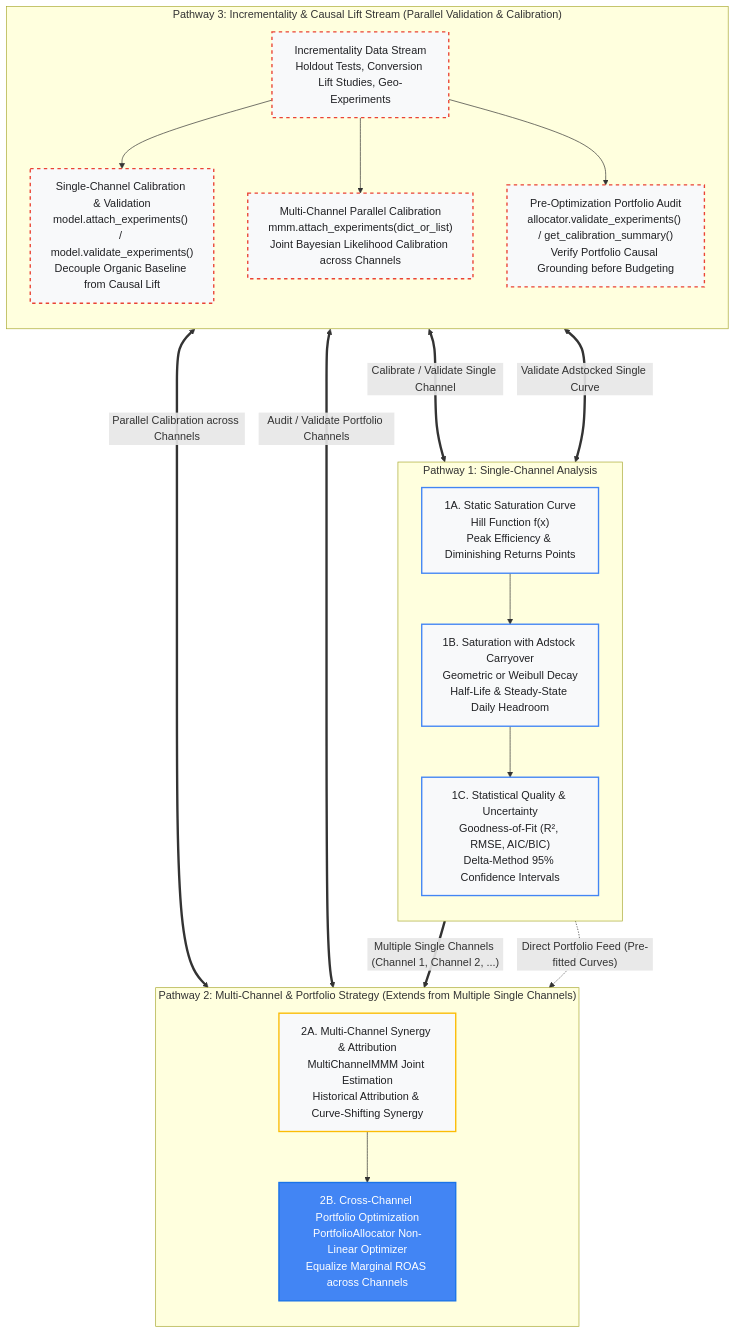
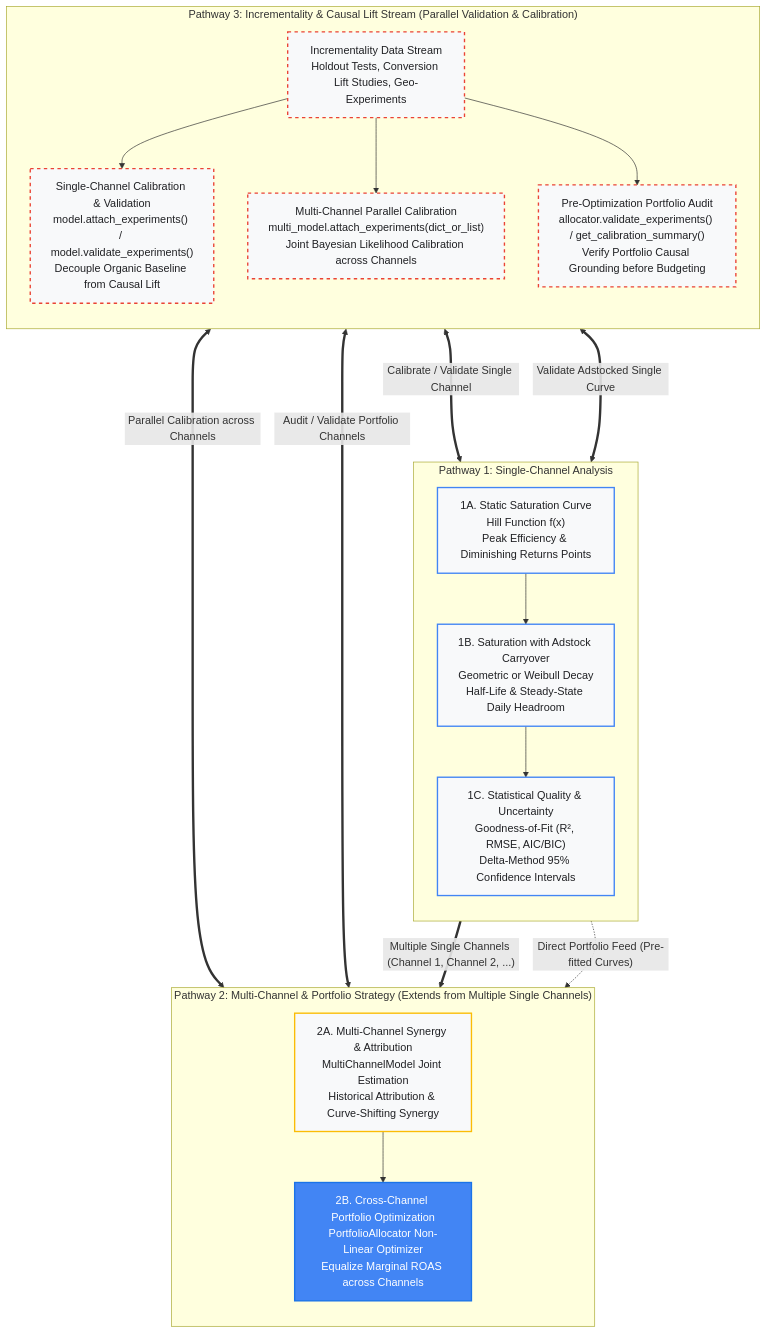
The diagram in docs/stacking.md (RyanAugust/TippingPoint), drawn with Mermaid before and after one commit. The commit also changed other lines of this file and 43 other files, not shown here.

````diff
--- a/docs/stacking.md
+++ b/docs/stacking.md
@@ -11,48 +11,48 @@
 ```mermaid
 graph TD
     classDef single fill:#F8F9FA,stroke:#4285F4,stroke-width:2px,color:#202124;
     classDef multi fill:#F8F9FA,stroke:#FBBC04,stroke-width:2px,color:#202124;
     classDef portfolio fill:#4285F4,stroke:#1A73E8,stroke-width:2px,color:#FFFFFF;
     classDef causal fill:#F8F9FA,stroke:#EA4335,stroke-width:2px,stroke-dasharray: 5 5,color:#202124;
 
     subgraph SinglePathway["Pathway 1: Single-Channel Analysis"]
         direction TB
         S1["1A. Static Saturation Curve<br/>Hill Function f(x)<br/>Peak Efficiency & Diminishing Returns Points"]
         S2["1B. Saturation with Adstock Carryover<br/>Geometric or Weibull Decay<br/>Half-Life & Steady-State Daily Headroom"]
         S3["1C. Statistical Quality & Uncertainty<br/>Goodness-of-Fit (R², RMSE, AIC/BIC)<br/>Delta-Method 95% Confidence Intervals"]
         S1 --> S2 --> S3
     end
 
     subgraph MultiPathway["Pathway 2: Multi-Channel & Portfolio Strategy (Extends from Multiple Single Channels)"]
         direction TB
-        M1["2A. Multi-Channel Synergy & Attribution<br/>MultiChannelMMM Joint Estimation<br/>Historical Attribution & Curve-Shifting Synergy"]
+        M1["2A. Multi-Channel Synergy & Attribution<br/>MultiChannelModel Joint Estimation<br/>Historical Attribution & Curve-Shifting Synergy"]
         M2["2B. Cross-Channel Portfolio Optimization<br/>PortfolioAllocator Non-Linear Optimizer<br/>Equalize Marginal ROAS across Channels"]
         M1 --> M2
     end
 
     subgraph CausalPathway["Pathway 3: Incrementality & Causal Lift Stream (Parallel Validation & Calibration)"]
         direction TB
         E0["Incrementality Data Stream<br/>Holdout Tests, Conversion Lift Studies, Geo-Experiments"]
         E1["Single-Channel Calibration & Validation<br/>model.attach_experiments() / model.validate_experiments()<br/>Decouple Organic Baseline from Causal Lift"]
-        E2["Multi-Channel Parallel Calibration<br/>mmm.attach_experiments(dict_or_list)<br/>Joint Bayesian Likelihood Calibration across Channels"]
+        E2["Multi-Channel Parallel Calibration<br/>multi_model.attach_experiments(dict_or_list)<br/>Joint Bayesian Likelihood Calibration across Channels"]
         E3["Pre-Optimization Portfolio Audit<br/>allocator.validate_experiments() / get_calibration_summary()<br/>Verify Portfolio Causal Grounding before Budgeting"]
         E0 --> E1
         E0 --> E2
         E0 --> E3
     end
 
     %% Flow between single channels and multi-channel
     S3 ==>|"Multiple Single Channels (Channel 1, Channel 2, ...)"| M1
     S3 -.->|"Direct Portfolio Feed (Pre-fitted Curves)"| M2
 
     %% Parallel Causal Connections
     E1 <===>|"Calibrate / Validate Single Channel"| S1
     E1 <===>|"Validate Adstocked Single Curve"| S2
     E2 <===>|"Parallel Calibration across Channels"| M1
     E3 <===>|"Audit / Validate Portfolio Channels"| M2
 
     class S1,S2,S3 single;
     class M1 multi;
     class M2 portfolio;
     class E0,E1,E2,E3 causal;
 ```
````
